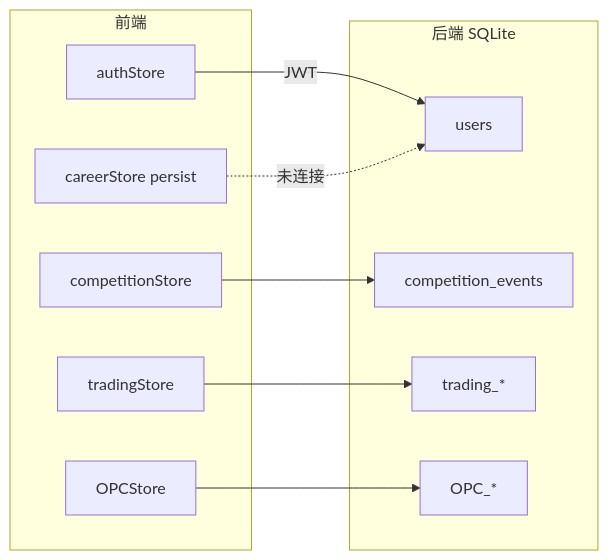
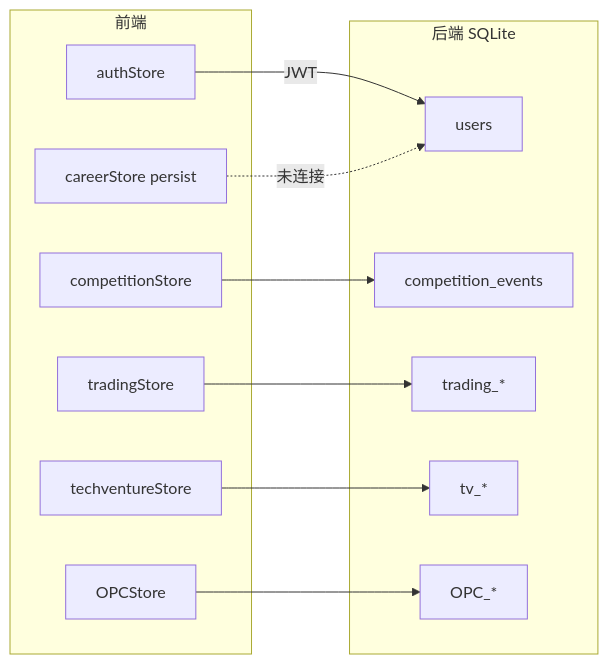
The diagram in 08-工程现状与webapp实现详表.md (lamasaga/businessmatch-v1), drawn with Mermaid before and after one commit. The commit also changed other lines of this file and 141 other files, not shown here.

````diff
--- a/08-工程现状与webapp实现详表.md
+++ b/08-工程现状与webapp实现详表.md
@@ -246,21 +277,24 @@
 ```mermaid
 flowchart LR
   subgraph fe [前端]
     AS[authStore]
     CS[careerStore persist]
     CP[competitionStore]
     TS[tradingStore]
+    TVS[techventureStore]
     OS[OPCStore]
   end
   subgraph be [后端 SQLite]
     U[users]
     E[competition_events]
     T[trading_*]
+    TV[tv_*]
     O[OPC_*]
   end
   AS -->|JWT| U
   CP --> E
   TS --> T
+  TVS --> TV
   OS --> O
   CS -.->|未连接| U
 ```
````
